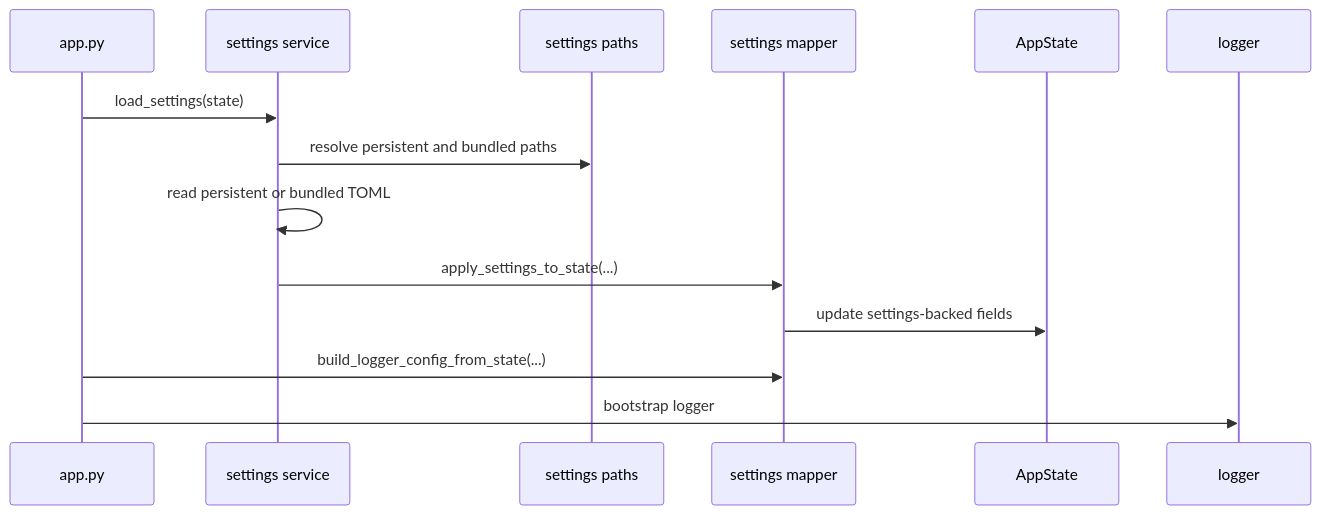
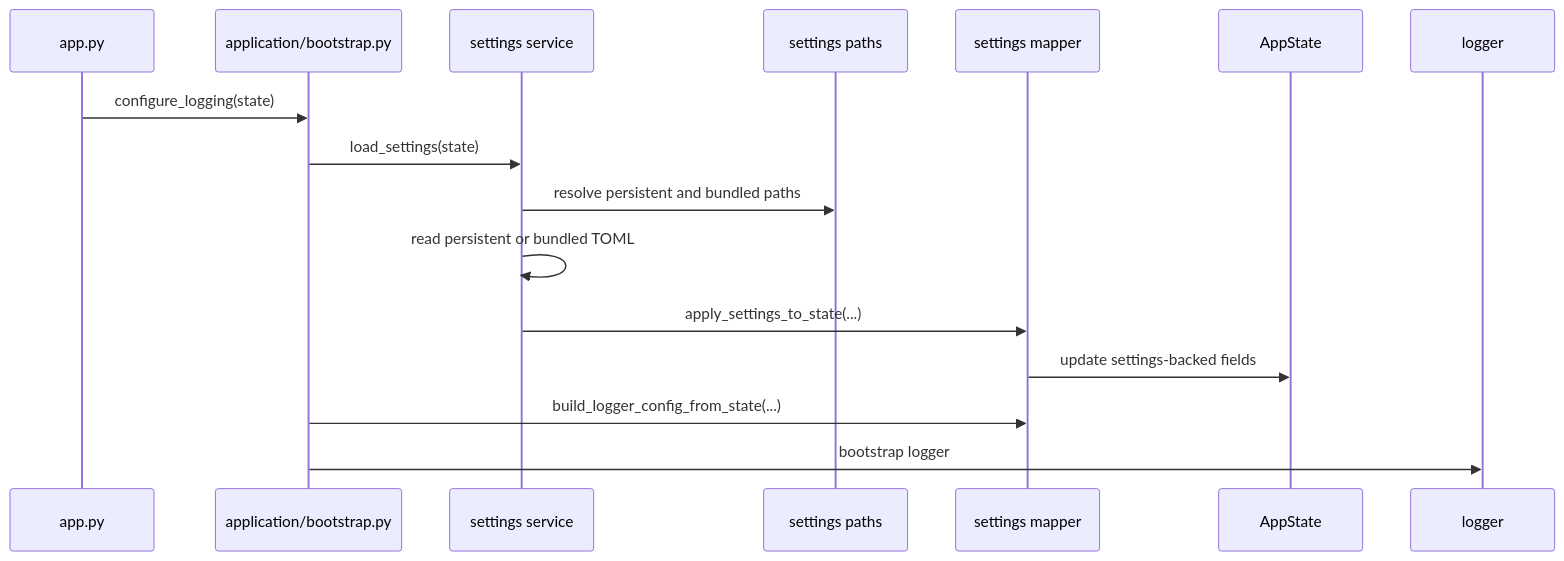
The second of 2 diagrams in docs/settings.md (Fonze81/NiceGui-Windows-Base), drawn with Mermaid before and after one commit. The commit also changed other lines of this file and 17 other files, not shown here.

````diff
--- a/docs/settings.md
+++ b/docs/settings.md
@@ -145,17 +146,19 @@
 ```mermaid
 sequenceDiagram
     participant App as app.py
+    participant Bootstrap as application/bootstrap.py
     participant Settings as settings service
     participant Paths as settings paths
     participant Mapper as settings mapper
     participant State as AppState
     participant Logger as logger
 
-    App->>Settings: load_settings(state)
+    App->>Bootstrap: configure_logging(state)
+    Bootstrap->>Settings: load_settings(state)
     Settings->>Paths: resolve persistent and bundled paths
     Settings->>Settings: read persistent or bundled TOML
     Settings->>Mapper: apply_settings_to_state(...)
     Mapper->>State: update settings-backed fields
-    App->>Mapper: build_logger_config_from_state(...)
-    App->>Logger: bootstrap logger
+    Bootstrap->>Mapper: build_logger_config_from_state(...)
+    Bootstrap->>Logger: bootstrap logger
 ```
````
